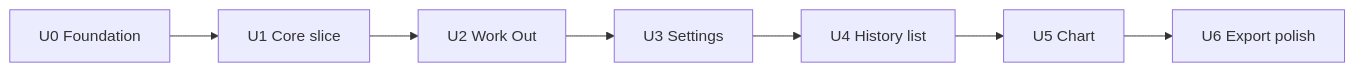
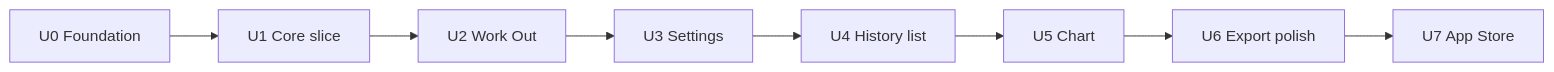
The second of 2 diagrams in docs/plans/2026-06-22-001-feat-ultraload-v1-implementation-plan.md (harsh-language/ultraload-expo), drawn with Mermaid before and after one commit. The commit also changed other lines of this file and 43 other files, not shown here.

````diff
--- a/docs/plans/2026-06-22-001-feat-ultraload-v1-implementation-plan.md
+++ b/docs/plans/2026-06-22-001-feat-ultraload-v1-implementation-plan.md
@@ -422,9 +472,10 @@
 ```mermaid
 flowchart LR
   U0[U0 Foundation] --> U1[U1 Core slice]
   U1 --> U2[U2 Work Out]
   U2 --> U3[U3 Settings]
   U3 --> U4[U4 History list]
   U4 --> U5[U5 Chart]
   U5 --> U6[U6 Export polish]
+  U6 --> U7[U7 App Store]
 ```
````
